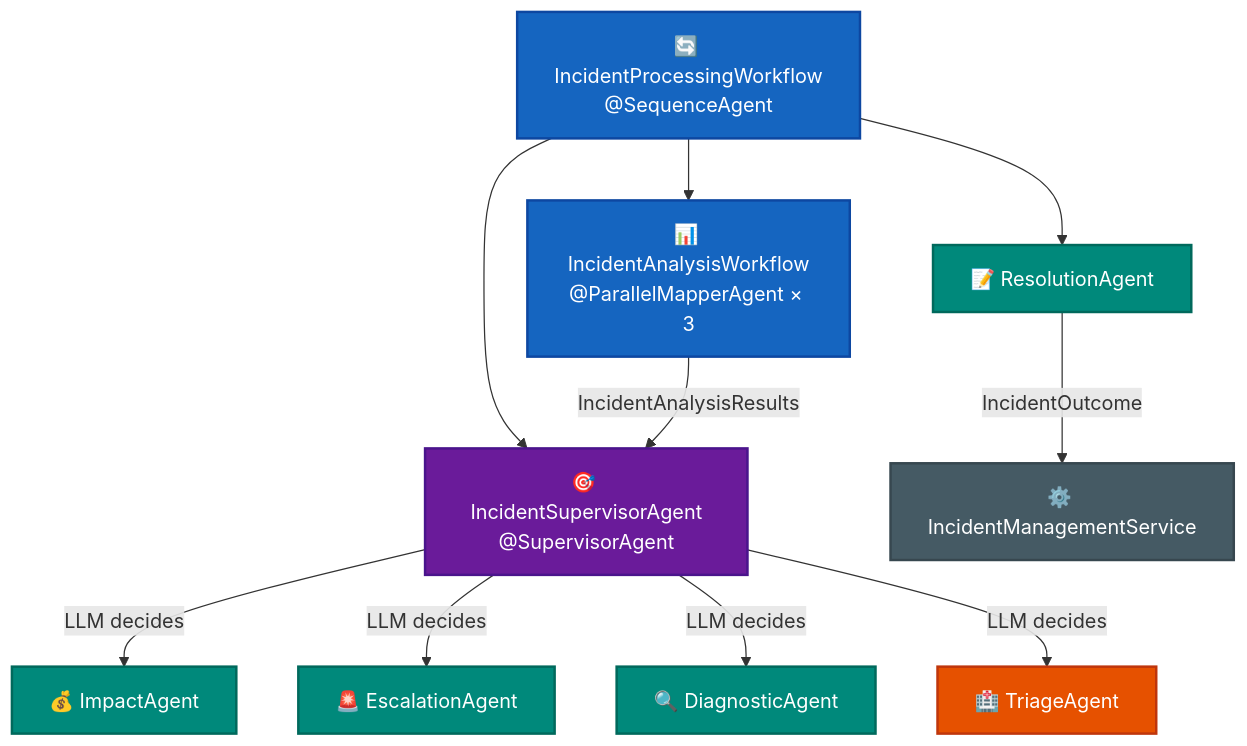
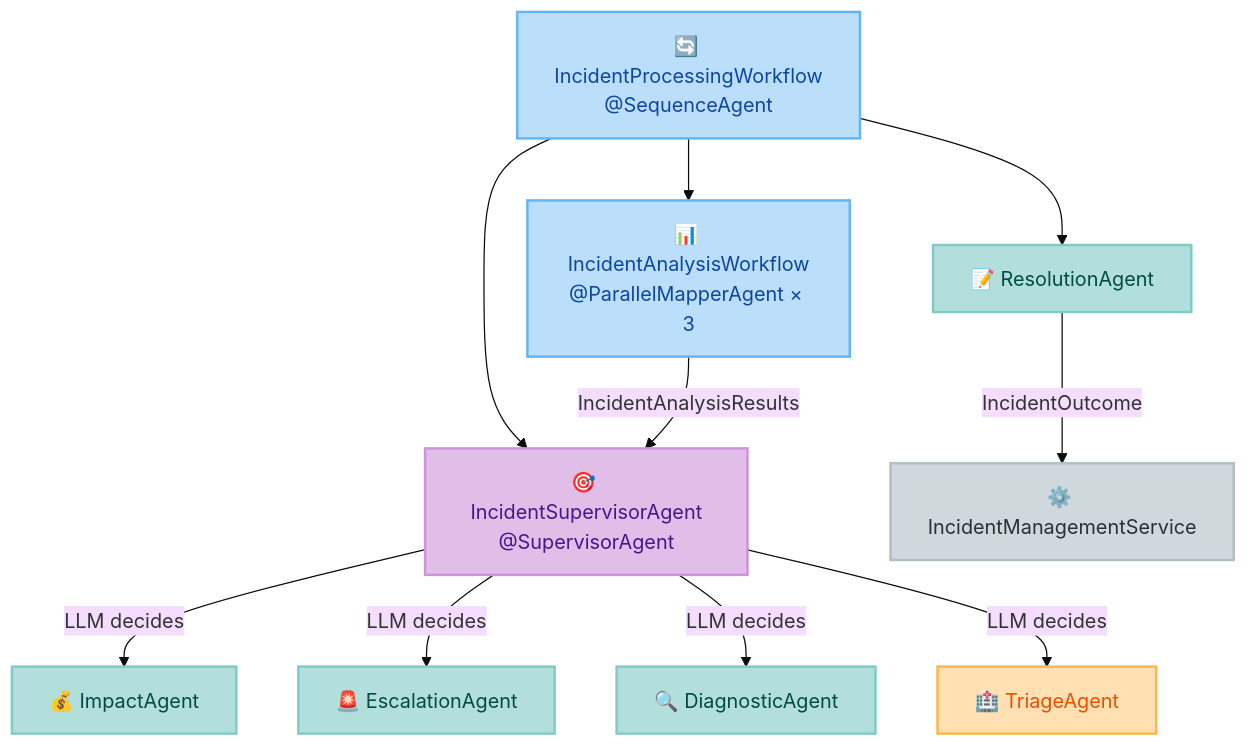
One commit to danieloh30/techxchange-2026-quarkus-bob-lab changed the diagram in docs/04-supervisor/START_HERE.md. Above: the diagram before and after it, drawn with Mermaid. The commit also changed 7 other files, not shown here.

First line of the commit message:
style(docs): redesign all Mermaid charts with light pastel palette

````diff
--- a/docs/04-supervisor/START_HERE.md
+++ b/docs/04-supervisor/START_HERE.md
@@ -25,23 +25,24 @@
 ```mermaid
+%%{init: {'theme': 'base', 'themeVariables': {'fontSize': '16px', 'fontFamily': 'Inter, system-ui, sans-serif'}}}%%
 flowchart TD
-    IPW["🔄 IncidentProcessingWorkflow<br/>@SequenceAgent"]:::workflow
+    IPW["🔄 IncidentProcessingWorkflow\n@SequenceAgent"]:::workflow
 
-    IPW --> IAW["📊 IncidentAnalysisWorkflow<br/>@ParallelMapperAgent × 3"]:::workflow
-    IPW --> ISA["🎯 IncidentSupervisorAgent<br/>@SupervisorAgent"]:::supervisor
+    IPW --> IAW["📊 IncidentAnalysisWorkflow\n@ParallelMapperAgent × 3"]:::workflow
+    IPW --> ISA["🎯 IncidentSupervisorAgent\n@SupervisorAgent"]:::supervisor
     IPW --> RA["📝 ResolutionAgent"]:::agent
 
-    IAW -->|IncidentAnalysisResults| ISA
+    IAW -->|"IncidentAnalysisResults"| ISA
 
     ISA -->|"LLM decides"| IA["💰 ImpactAgent"]:::agent
     ISA -->|"LLM decides"| EA["🚨 EscalationAgent"]:::agent
     ISA -->|"LLM decides"| DA["🔍 DiagnosticAgent"]:::agent
     ISA -->|"LLM decides"| TA["🏥 TriageAgent"]:::tool
 
-    RA -->|IncidentOutcome| IMS["⚙️ IncidentManagementService"]:::service
+    RA -->|"IncidentOutcome"| IMS["⚙️ IncidentManagementService"]:::service
 
-    classDef workflow fill:#1565c0,stroke:#0d47a1,color:#fff,stroke-width:2px
-    classDef supervisor fill:#6a1b9a,stroke:#4a148c,color:#fff,stroke-width:2px
-    classDef agent fill:#00897b,stroke:#00695c,color:#fff,stroke-width:2px
-    classDef tool fill:#e65100,stroke:#bf360c,color:#fff,stroke-width:2px
-    classDef service fill:#455a64,stroke:#37474f,color:#fff,stroke-width:2px
+    classDef workflow fill:#bbdefb,stroke:#64b5f6,color:#0d47a1,stroke-width:2px
+    classDef supervisor fill:#e1bee7,stroke:#ce93d8,color:#4a148c,stroke-width:2px
+    classDef agent fill:#b2dfdb,stroke:#80cbc4,color:#004d40,stroke-width:2px
+    classDef tool fill:#ffe0b2,stroke:#ffb74d,color:#e65100,stroke-width:2px
+    classDef service fill:#cfd8dc,stroke:#b0bec5,color:#263238,stroke-width:2px
 ```
````
